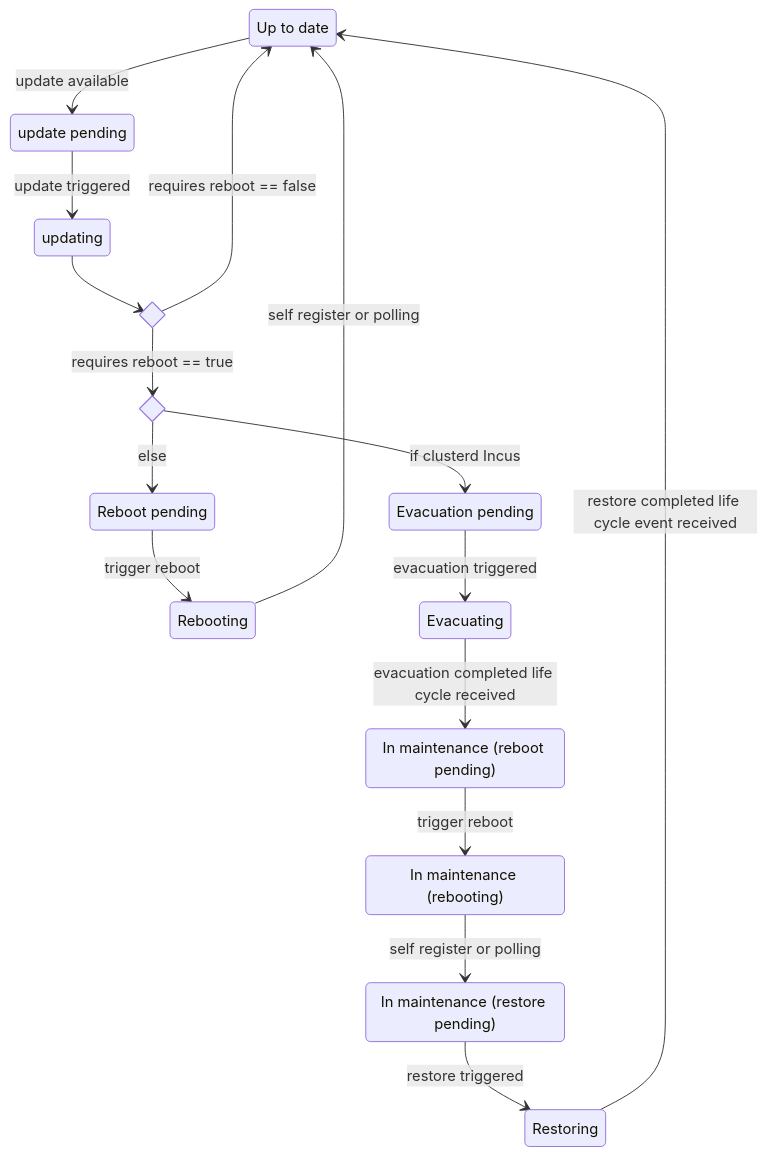
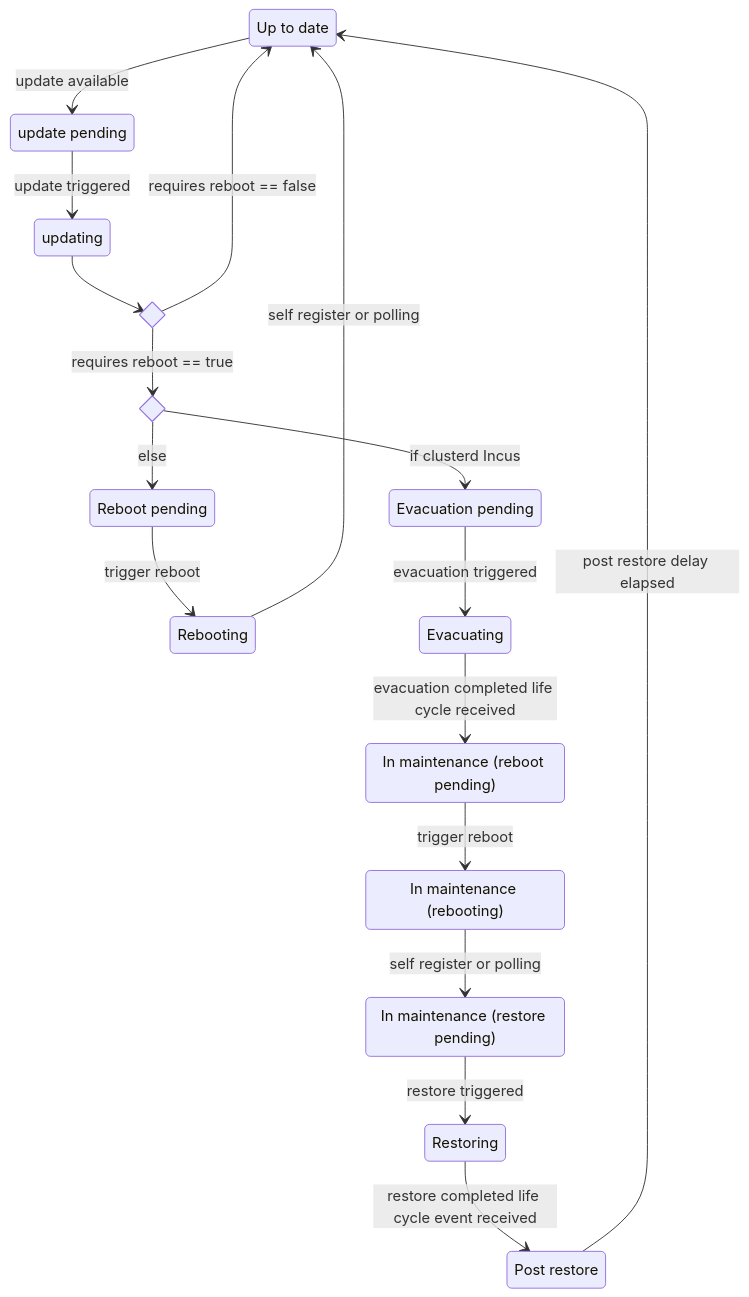
Before and after one commit to FuturFusion/operations-center: the third of 3 diagrams in doc/development/server-status.md, drawn with Mermaid.

Commit message:
doc: add post restore state

````diff
--- a/doc/development/server-status.md
+++ b/doc/development/server-status.md
@@ -53,33 +53,35 @@
 ```{mermaid}
 stateDiagram-v2
     state "Up to date" as UpdateReady
     state "update pending" as UpdatePending
     state "updating" as UpdateUpdating
     state if_requires_reboot <<choice>>
     state if_incus <<choice>>
     state "Evacuation pending" as UpdateNeedsEvacuation
     state "Reboot pending" as UpdateNeedsReboot
     state "Rebooting" as UpdateRebooting
     state "Evacuating" as UpdateEvacuating
     state "In maintenance (reboot pending)" as UpdateInMaintenanceRebootPending
     state "In maintenance (rebooting)" as UpdateInMaintenanceRebooting
     state "In maintenance (restore pending)" as UpdateInMaintenanceRestorePending
     state "Restoring" as UpdateRestoring
+    state "Post restore" as PostRestore
 
     UpdateReady --> UpdatePending: update available
     UpdatePending --> UpdateUpdating: update triggered
     UpdateUpdating --> if_requires_reboot
     if_requires_reboot --> UpdateReady: requires reboot == false
     if_requires_reboot --> if_incus: requires reboot == true
     if_incus --> UpdateNeedsEvacuation: if clusterd Incus
     if_incus --> UpdateNeedsReboot: else
     UpdateNeedsReboot --> UpdateRebooting: trigger reboot
     UpdateRebooting --> UpdateReady: self register or polling
 
     UpdateNeedsEvacuation --> UpdateEvacuating: evacuation triggered
     UpdateEvacuating --> UpdateInMaintenanceRebootPending: evacuation completed life cycle received
     UpdateInMaintenanceRebootPending --> UpdateInMaintenanceRebooting: trigger reboot
     UpdateInMaintenanceRebooting --> UpdateInMaintenanceRestorePending: self register or polling
     UpdateInMaintenanceRestorePending --> UpdateRestoring: restore triggered
-    UpdateRestoring --> UpdateReady: restore completed life cycle event received
+    UpdateRestoring --> PostRestore: restore completed life cycle event received
+    PostRestore --> UpdateReady: post restore delay elapsed
 ```
````
